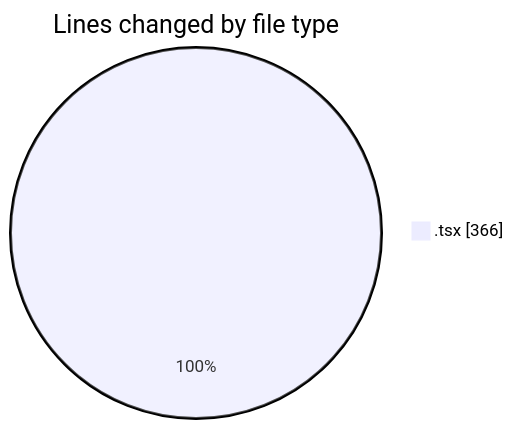
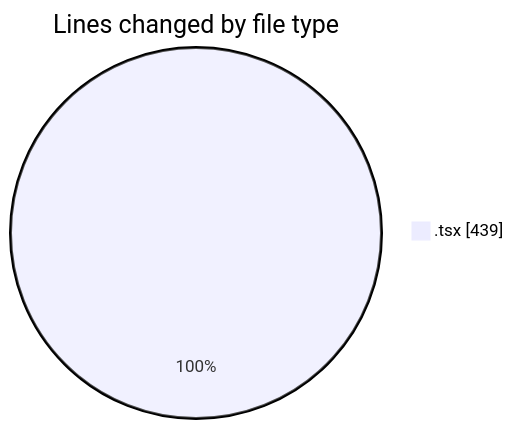
The first of 2 diagrams in 2026-07-06/nxtqube_webapp/README.md (nxtqubesakshisongat/code-tracking), drawn with Mermaid before and after one commit. The commit also changed other lines of this file and 1 other file, not shown here.

````diff
--- a/2026-07-06/nxtqube_webapp/README.md
+++ b/2026-07-06/nxtqube_webapp/README.md
@@ -21,5 +22,5 @@
 ```mermaid
 pie showData
 title Lines changed by file type
-".tsx" : 366
+".tsx" : 439
 ```
````
